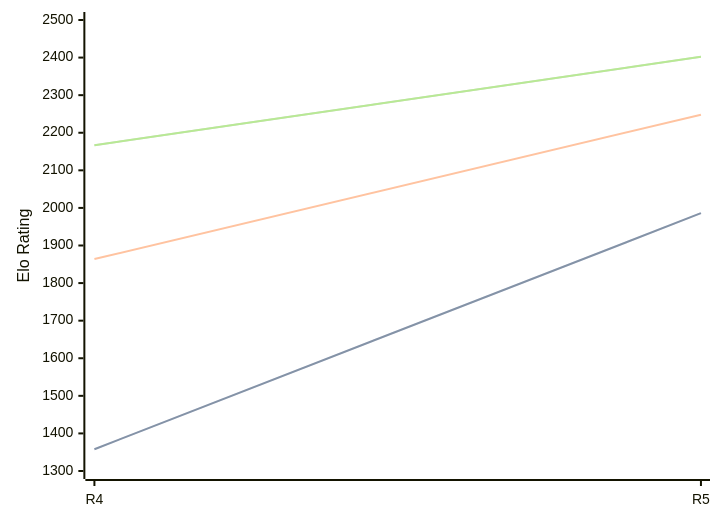
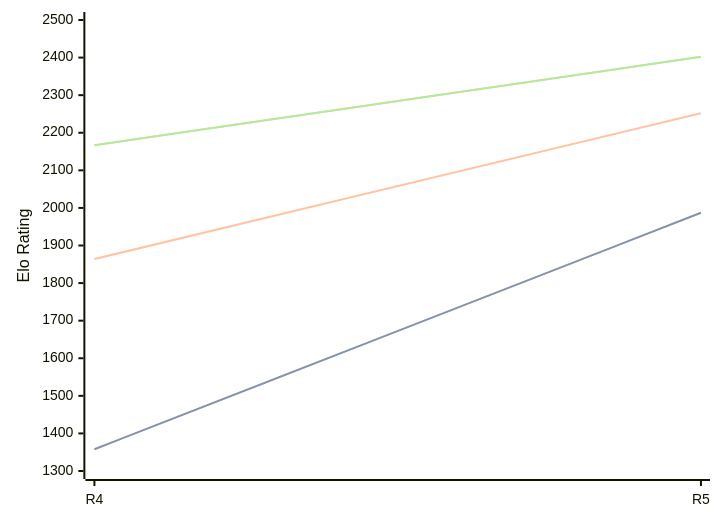
One commit to computer-chess-index/cci changed the diagram in engines/Viking.md. Above: the diagram before and after it, drawn with Mermaid. The commit also changed other lines of this file, not shown here.

````diff
--- a/engines/Viking.md
+++ b/engines/Viking.md
@@ -35,11 +35,11 @@
 ```mermaid
 %%{init: {"theme":"base","themeVariables":{"seriesColors:['#a3a3a3','#222221','#faa371']}}}%%
 xychart-beta
   x-axis ["R4", "R5"]
   y-axis "Elo Rating" 1300 --> 2500
-  line "STC (8.0+0.08s)" [1358, 1986]
-  line "STC (8.0+0.08s)" [1358, 1986]
-  line "LTC (60.0+0.60s)" [1864, 2248]
+  line "STC (8.0+0.08s)" [1358, 1987]
+  line "STC (8.0+0.08s)" [1358, 1987]
+  line "LTC (60.0+0.60s)" [1864, 2252]
   line "VLTC (2m24s+1.12s)" [2167, 2402]
   line "VLTC (2m24s+1.12s)" [2167, 2402]
 ```
````
